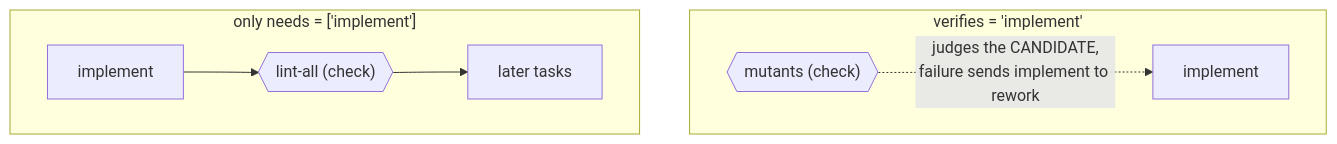
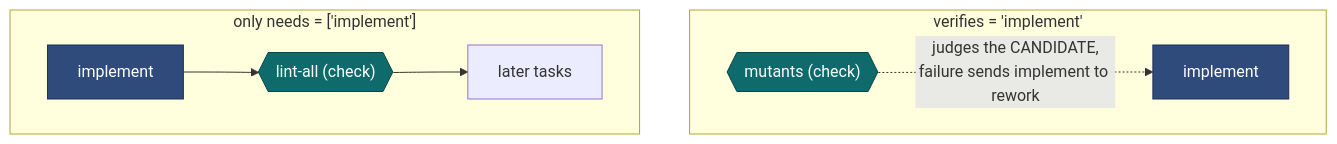
Before and after one commit to miavenet/mv-aipp101-starter: the second of 2 diagrams in task_runner/docs/tutorial/06-writing-a-workflow.md, drawn with Mermaid. The commit also changed other lines of this file and 6 other files, not shown here.

````diff
--- a/task_runner/docs/tutorial/06-writing-a-workflow.md
+++ b/task_runner/docs/tutorial/06-writing-a-workflow.md
@@ -105,11 +111,16 @@
 ```mermaid
 flowchart TB
     subgraph verifying["verifies = 'implement'"]
         I1["implement"] 
         M{{"mutants (check)"}} -. "judges the CANDIDATE,<br/>failure sends implement to rework" .-> I1
     end
     subgraph standalone["only needs = ['implement']"]
         I2["implement"] --> L{{"lint-all (check)"}}
         L --> NEXT["later tasks"]
     end
+
+    classDef produce fill:#2f4b7c,stroke:#1d3157,color:#ffffff
+    classDef check fill:#0f6b6b,stroke:#094848,color:#ffffff
+    class I1,I2 produce
+    class M,L check
 ```
````
